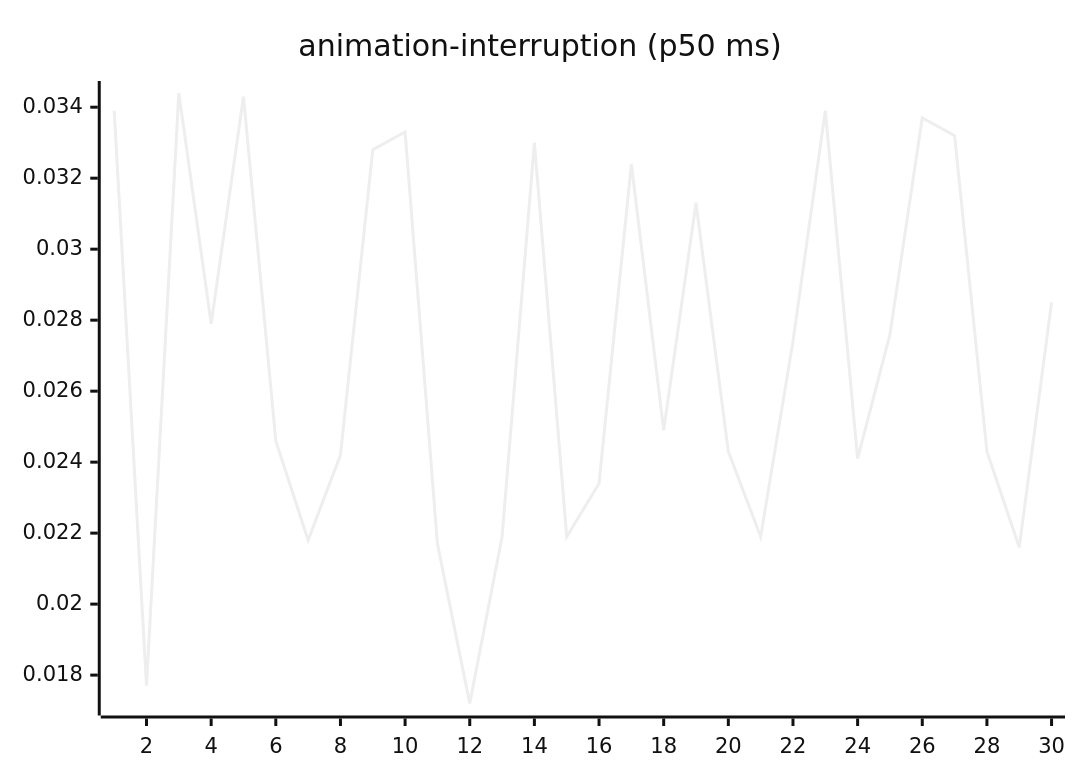
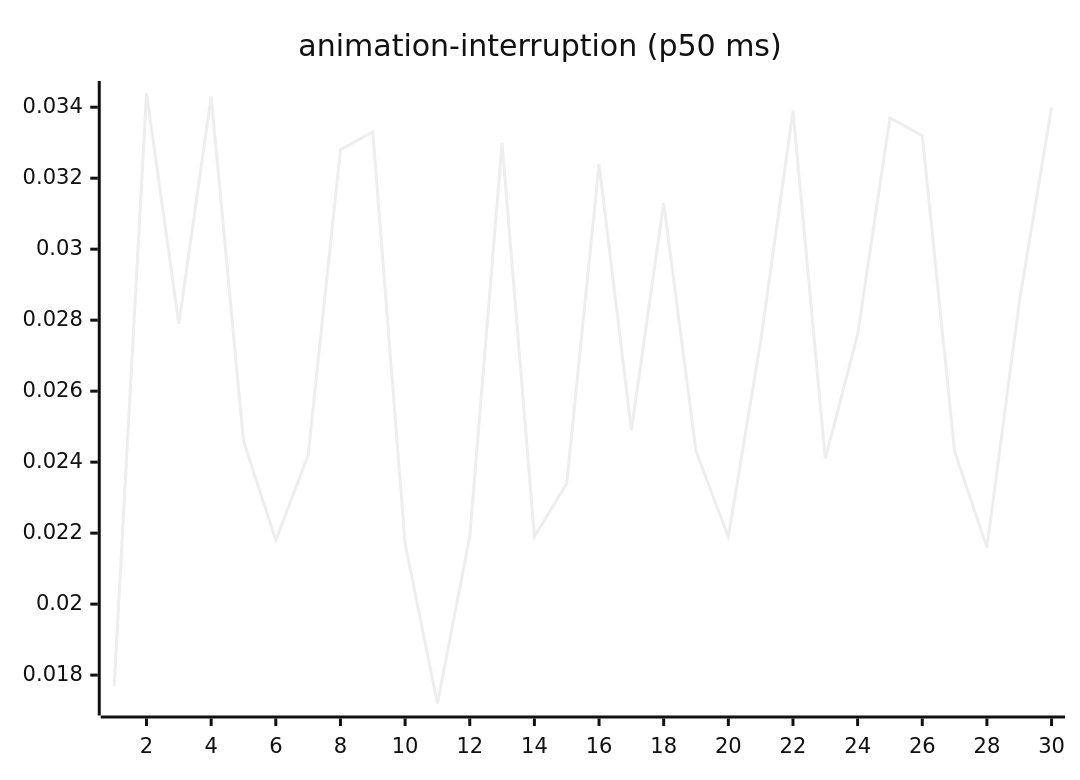
The third of 27 diagrams in README.md (josha/Facet), drawn with Mermaid (neutral theme) before and after one commit. The commit also changed other lines of this file and 2 other files, not shown here.

````diff
--- a/README.md
+++ b/README.md
@@ -77,6 +77,6 @@
 ```mermaid
 xychart-beta
     title "animation-interruption (p50 ms)"
     x-axis 1 --> 30
-    line [0.0339, 0.0177, 0.0344, 0.0279, 0.0343, 0.0246, 0.0218, 0.0242, 0.0328, 0.0333, 0.0217, 0.0172, 0.0219, 0.0330, 0.0219, 0.0234, 0.0324, 0.0249, 0.0313, 0.0243, 0.0219, 0.0274, 0.0339, 0.0241, 0.0276, 0.0337, 0.0332, 0.0243, 0.0216, 0.0285]
+    line [0.0177, 0.0344, 0.0279, 0.0343, 0.0246, 0.0218, 0.0242, 0.0328, 0.0333, 0.0217, 0.0172, 0.0219, 0.0330, 0.0219, 0.0234, 0.0324, 0.0249, 0.0313, 0.0243, 0.0219, 0.0274, 0.0339, 0.0241, 0.0276, 0.0337, 0.0332, 0.0243, 0.0216, 0.0285, 0.0340]
 ```
````
